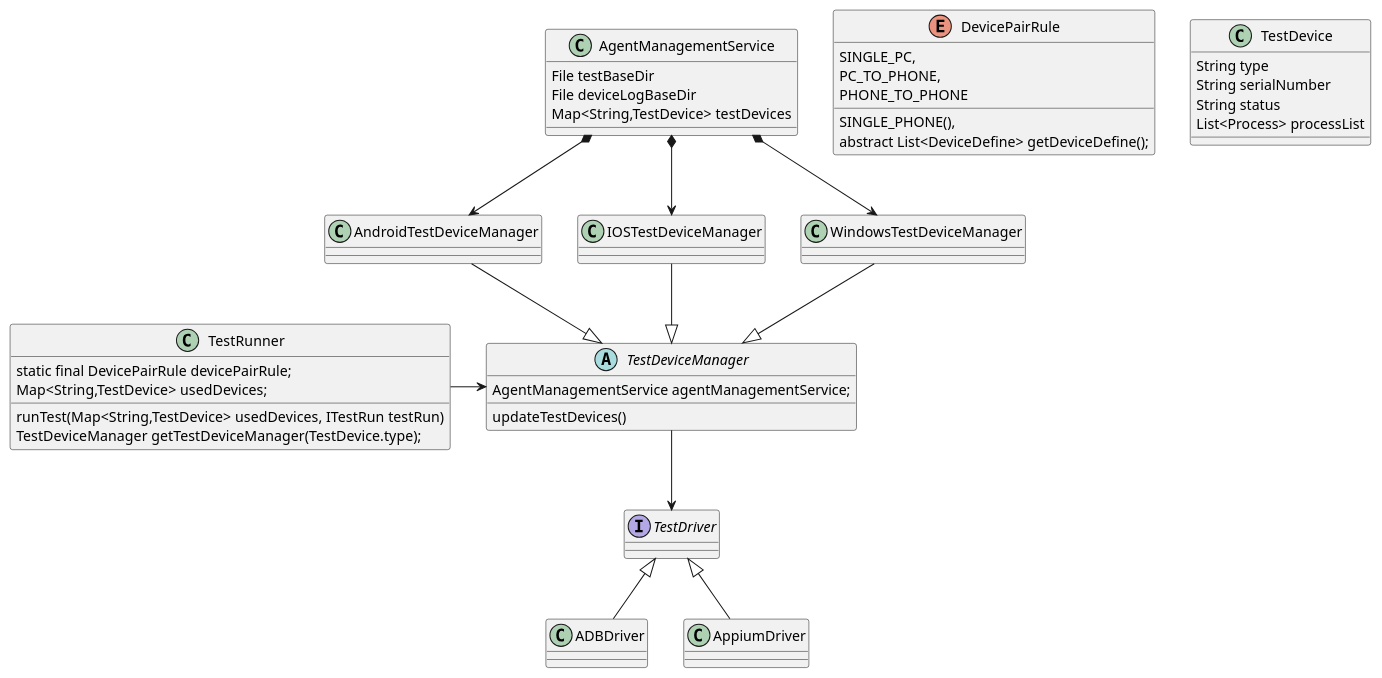
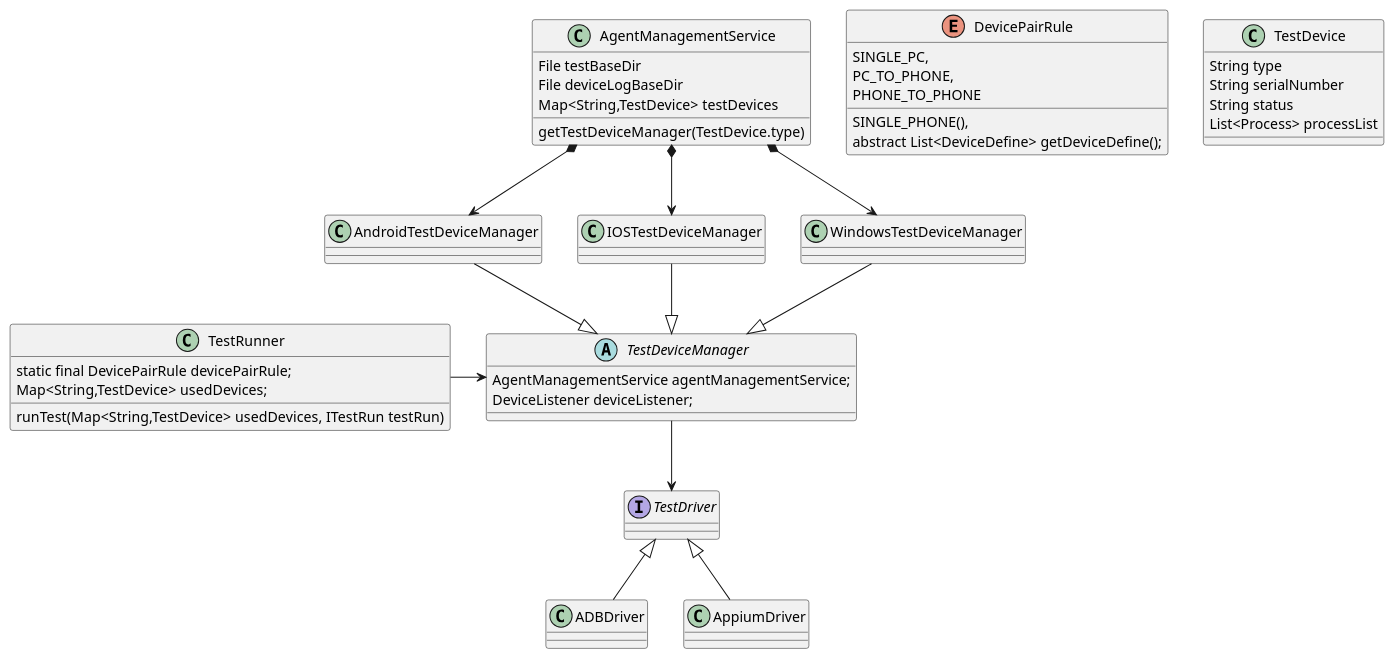
The diagram in agent/doc/UML/agent_device_management_design.puml (microsoft/HydraLab), drawn with PlantUML before and after one commit. The commit also changed 25 other files, not shown here.

```diff
--- a/agent/doc/UML/agent_device_management_design.puml
+++ b/agent/doc/UML/agent_device_management_design.puml
@@ -1,53 +1,53 @@
 @startuml
 'https://plantuml.com/class-diagram
 enum DevicePairRule{
     SINGLE_PHONE(),
     SINGLE_PC,
     PC_TO_PHONE,
     PHONE_TO_PHONE
 
     abstract List<DeviceDefine> getDeviceDefine();
 }
 class AgentManagementService {
     File testBaseDir
     File deviceLogBaseDir
     Map<String,TestDevice> testDevices
+    getTestDeviceManager(TestDevice.type)
 }
 class TestDevice{
     String type
     String serialNumber
     String status
     List<Process> processList
 }
 abstract class TestDeviceManager{
     AgentManagementService agentManagementService;
-    updateTestDevices()
+    DeviceListener deviceListener;
 }
 class AndroidTestDeviceManager
 class IOSTestDeviceManager
 class WindowsTestDeviceManager
 
 interface TestDriver
 
 AndroidTestDeviceManager --|> TestDeviceManager
 IOSTestDeviceManager --|> TestDeviceManager
 WindowsTestDeviceManager --|> TestDeviceManager
 
 AgentManagementService *--> AndroidTestDeviceManager
 AgentManagementService *--> IOSTestDeviceManager
 AgentManagementService *--> WindowsTestDeviceManager
 
 TestDeviceManager --> TestDriver
 
 ADBDriver -u-|> TestDriver
 AppiumDriver -u-|> TestDriver
 
 class TestRunner{
     static final DevicePairRule devicePairRule;
     Map<String,TestDevice> usedDevices;
     runTest(Map<String,TestDevice> usedDevices, ITestRun testRun)
-    TestDeviceManager getTestDeviceManager(TestDevice.type);
 }
 
 TestRunner -r-> TestDeviceManager
 @enduml
```
